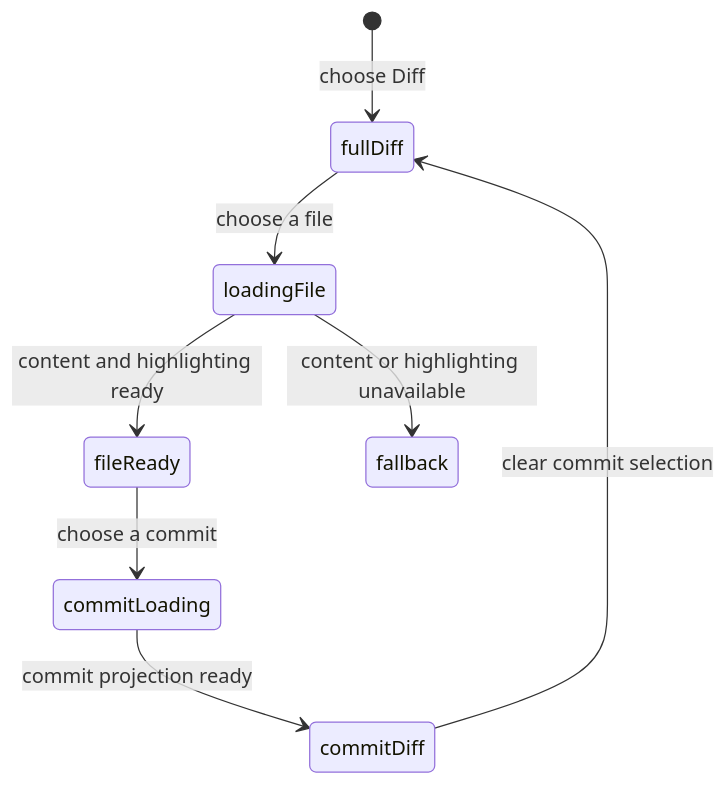
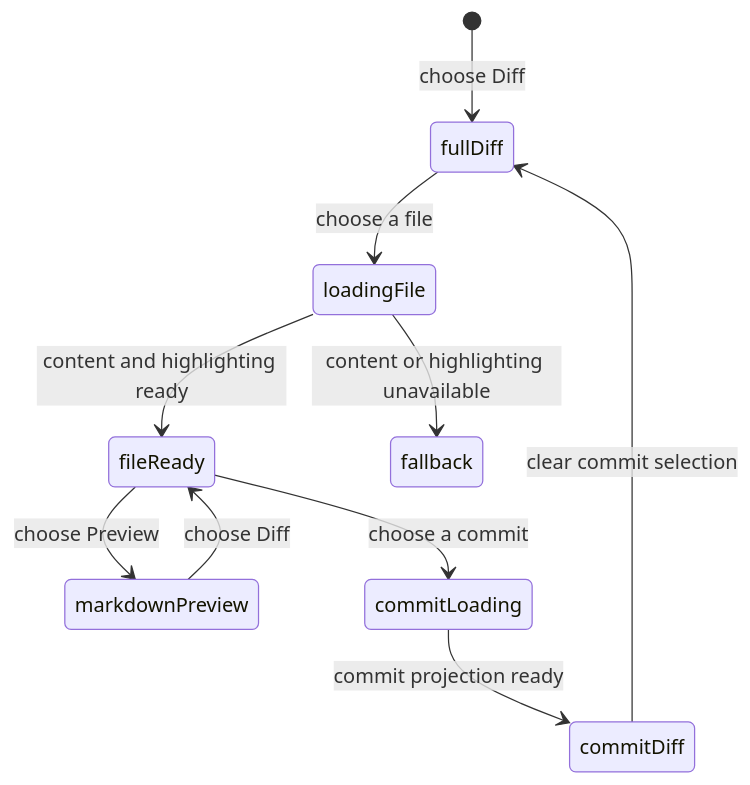
Before and after one commit to kwanpham2195/patchdesk: the diagram in docs/product-description/review-workbench/files-diff-and-navigation.md, drawn with Mermaid. The commit also changed other lines of this file and 15 other files, not shown here.

First line of the commit message:
feat(diff): preview Markdown files per file (#98)

````diff
--- a/docs/product-description/review-workbench/files-diff-and-navigation.md
+++ b/docs/product-description/review-workbench/files-diff-and-navigation.md
@@ -13,10 +13,12 @@
 ```mermaid
 stateDiagram-v2
     [*] --> fullDiff : choose Diff
     fullDiff --> loadingFile : choose a file
     loadingFile --> fileReady : content and highlighting ready
     loadingFile --> fallback : content or highlighting unavailable
+    fileReady --> markdownPreview : choose Preview
+    markdownPreview --> fileReady : choose Diff
     fileReady --> commitLoading : choose a commit
     commitLoading --> commitDiff : commit projection ready
     commitDiff --> fullDiff : clear commit selection
 ```
````
